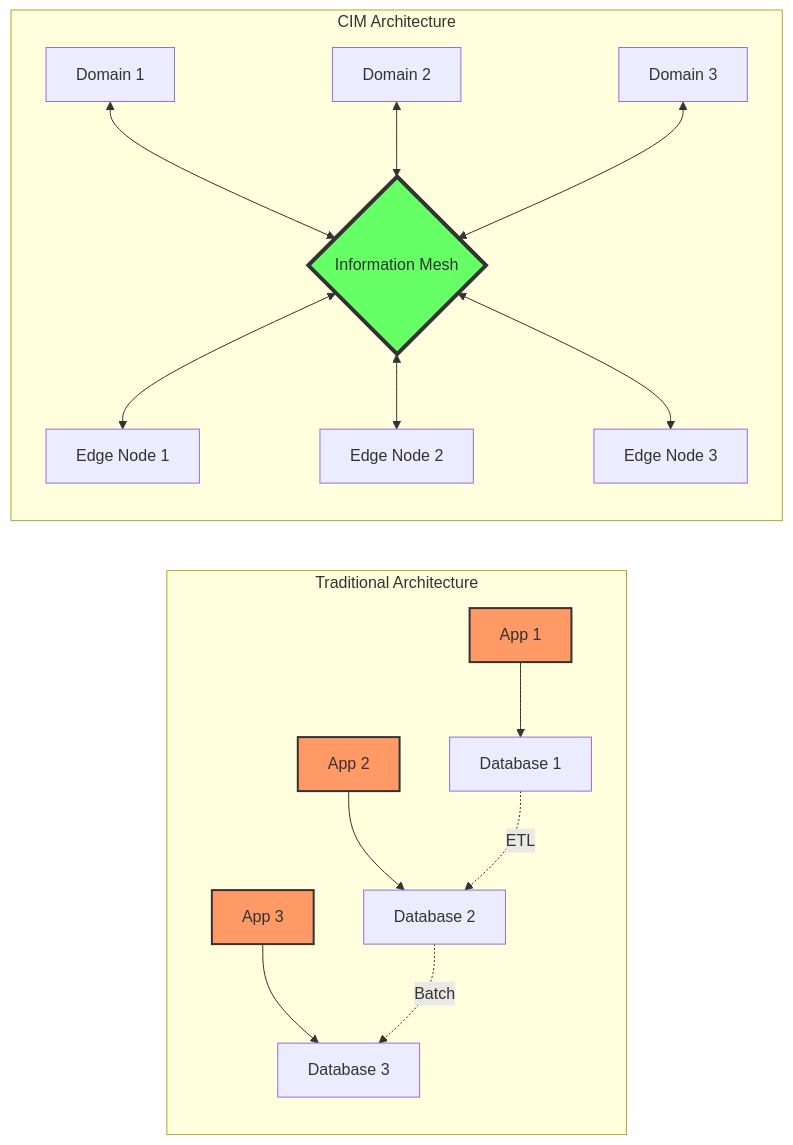
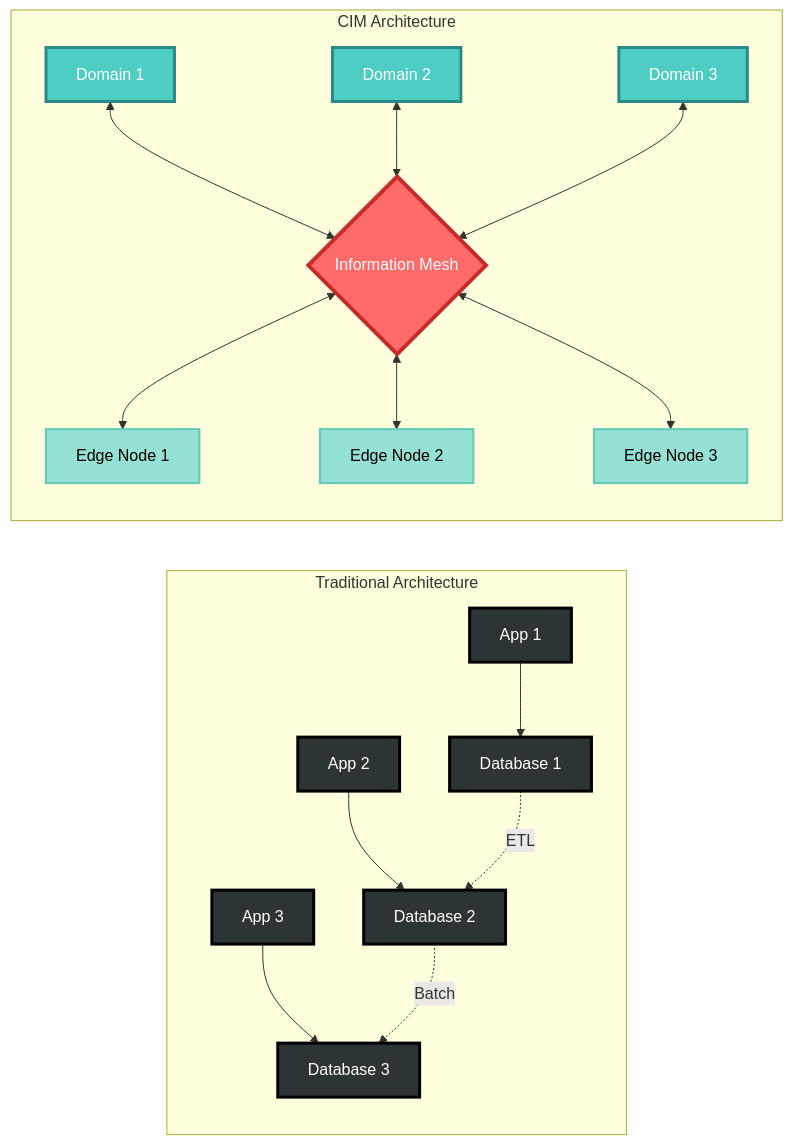
Before and after one commit to TheCowboyAI/cim: the third of 4 diagrams in doc/readme_cim_overview.md, drawn with Mermaid. The commit also changed other lines of this file and 12 other files, not shown here.

````diff
--- a/doc/readme_cim_overview.md
+++ b/doc/readme_cim_overview.md
@@ -93,37 +110,46 @@
 ```mermaid
 graph LR
     subgraph "Traditional Architecture"
         A[App 1] --> D1[Database 1]
         B[App 2] --> D2[Database 2]
         C[App 3] --> D3[Database 3]
         
         D1 -.->|ETL| D2
         D2 -.->|Batch| D3
-        
-        style A fill:#f96,stroke:#333,stroke-width:2px
-        style B fill:#f96,stroke:#333,stroke-width:2px
-        style C fill:#f96,stroke:#333,stroke-width:2px
     end
     
     subgraph "CIM Architecture"
         E[Domain 1]
         F[Domain 2]
         G[Domain 3]
         
         H{Information Mesh}
         
         E <--> H
         F <--> H
         G <--> H
         
         I[Edge Node 1]
         J[Edge Node 2]
         K[Edge Node 3]
         
         H <--> I
         H <--> J
         H <--> K
-        
-        style H fill:#6f6,stroke:#333,stroke-width:4px
     end
+    
+    %% Styling - traditional vs CIM comparison
+    style A fill:#2D3436,stroke:#000,stroke-width:3px,color:#FFF
+    style B fill:#2D3436,stroke:#000,stroke-width:3px,color:#FFF
+    style C fill:#2D3436,stroke:#000,stroke-width:3px,color:#FFF
+    style D1 fill:#2D3436,stroke:#000,stroke-width:3px,color:#FFF
+    style D2 fill:#2D3436,stroke:#000,stroke-width:3px,color:#FFF
+    style D3 fill:#2D3436,stroke:#000,stroke-width:3px,color:#FFF
+    style E fill:#4ECDC4,stroke:#2B8A89,stroke-width:3px,color:#FFF
+    style F fill:#4ECDC4,stroke:#2B8A89,stroke-width:3px,color:#FFF
+    style G fill:#4ECDC4,stroke:#2B8A89,stroke-width:3px,color:#FFF
+    style H fill:#FF6B6B,stroke:#C92A2A,stroke-width:4px,color:#FFF
+    style I fill:#95E1D3,stroke:#63C7B8,stroke-width:2px,color:#000
+    style J fill:#95E1D3,stroke:#63C7B8,stroke-width:2px,color:#000
+    style K fill:#95E1D3,stroke:#63C7B8,stroke-width:2px,color:#000
 ```
````
